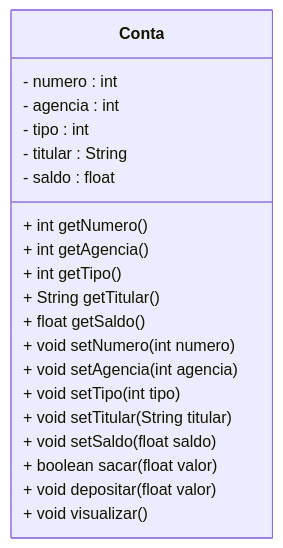
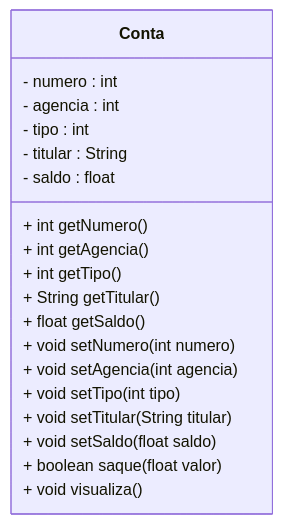
One commit to efojunior/It_NeoCamp_Java changed the diagram in 10.md. Above: the diagram before and after it, drawn with Mermaid. The commit also changed other lines of this file, not shown here.

````diff
--- a/10.md
+++ b/10.md
@@ -98,23 +98,22 @@
 ```mermaid
 classDiagram
 class Conta {
   - numero : int
   - agencia : int
   - tipo : int
   - titular : String
   - saldo : float
   + int getNumero()
   + int getAgencia()
   + int getTipo()
   + String getTitular()
   + float getSaldo()
   + void setNumero(int numero)
   + void setAgencia(int agencia)
   + void setTipo(int tipo)
   + void setTitular(String titular)
   + void setSaldo(float saldo)
-  + boolean sacar(float valor)
-  + void depositar(float valor)
-  + void visualizar()
+  + boolean saque(float valor)
+  + void visualiza()
 }
 ```
````
